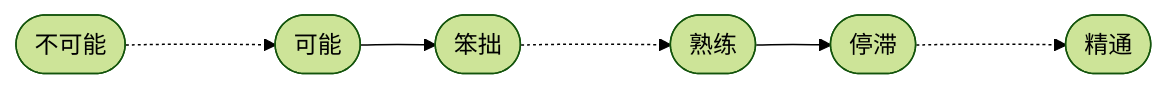
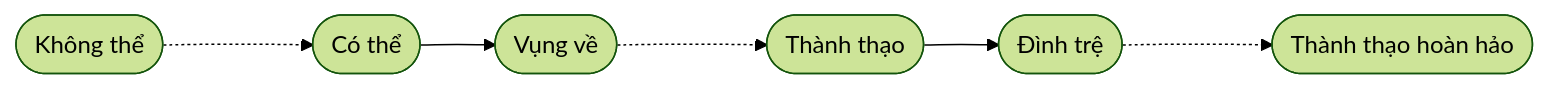
The first of 4 diagrams in 1000-hours/vi/self-training/03-trials-and-errors.md (nthung2112/everyone-can-use-english), drawn with Mermaid (forest theme) before and after one commit. The commit also changed other lines of this file and 8 other files, not shown here.

````diff
--- a/1000-hours/vi/self-training/03-trials-and-errors.md
+++ b/1000-hours/vi/self-training/03-trials-and-errors.md
@@ -9,4 +9,4 @@
 ```mermaid
 flowchart LR
-impossible([不可能])-..->possible([可能])-->clumsiness([笨拙])-..->adaptness([熟练])-->plateau([停滞])-..->mastery([精通])
+impossible([Không thể]) -..-> possible([Có thể]) --> clumsiness([Vụng về]) -..-> adaptness([Thành thạo]) --> plateau([Đình trệ]) -..-> mastery([Thành thạo hoàn hảo])
 ```
````
